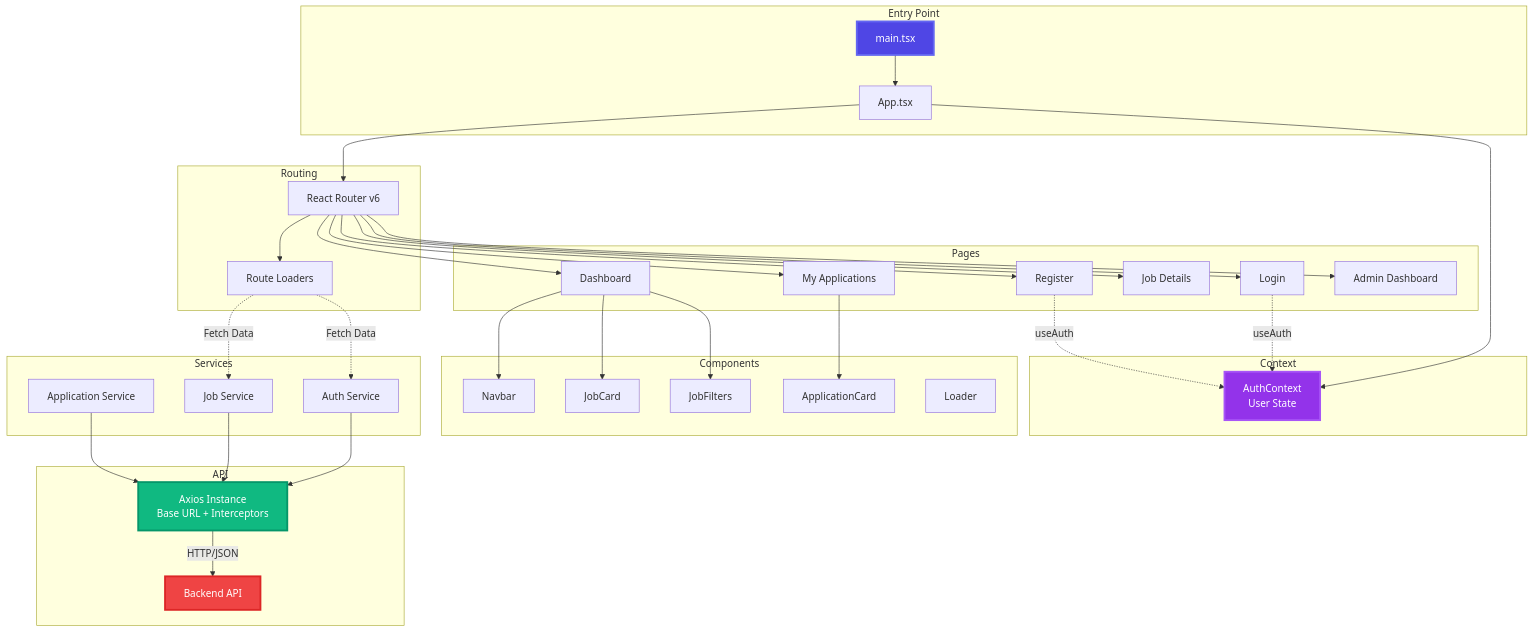
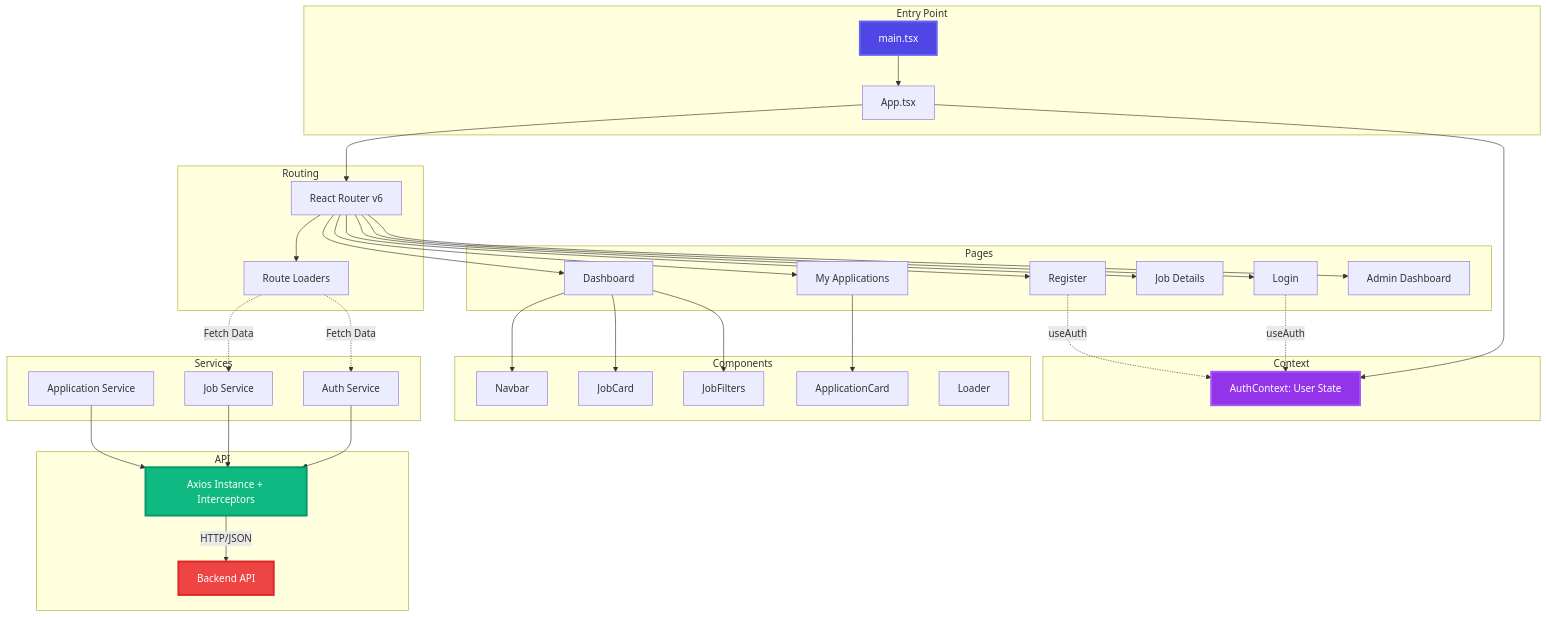
Before and after one commit to lEduFranco/test-prog: the fifth of 8 diagrams in README.md, drawn with Mermaid. The commit also changed other lines of this file, not shown here.

Commit message:
fix: graph mermaid

````diff
--- a/README.md
+++ b/README.md
@@ -271,72 +271,72 @@
 ```mermaid
 graph TB
     subgraph "Entry Point"
         A[main.tsx]
         B[App.tsx]
     end
     
     subgraph "Routing"
         C[React Router v6]
         D[Route Loaders]
     end
     
     subgraph "Context"
-        E[AuthContext<br/>User State]
+        E[AuthContext: User State]
     end
     
     subgraph "Pages"
         F1[Login]
         F2[Register]
         F3[Dashboard]
         F4[Job Details]
         F5[My Applications]
         F6[Admin Dashboard]
     end
     
     subgraph "Components"
         G1[Navbar]
         G2[JobCard]
         G3[JobFilters]
         G4[ApplicationCard]
         G5[Loader]
     end
     
     subgraph "Services"
         H1[Auth Service]
         H2[Job Service]
         H3[Application Service]
     end
     
     subgraph "API"
-        I[Axios Instance<br/>Base URL + Interceptors]
+        I[Axios Instance + Interceptors]
         J[Backend API]
     end
     
     A --> B
     B --> C
     B --> E
     C --> D
     D -.->|Fetch Data| H1
     D -.->|Fetch Data| H2
     C --> F1
     C --> F2
     C --> F3
     C --> F4
     C --> F5
     C --> F6
     F3 --> G1
     F3 --> G2
     F3 --> G3
     F5 --> G4
     F1 -.->|useAuth| E
     F2 -.->|useAuth| E
     H1 --> I
     H2 --> I
     H3 --> I
     I -->|HTTP/JSON| J
     
     style A fill:#4f46e5,stroke:#6366f1,stroke-width:3px,color:#fff
     style E fill:#9333ea,stroke:#a855f7,stroke-width:3px,color:#fff
     style I fill:#10b981,stroke:#059669,stroke-width:3px,color:#fff
     style J fill:#ef4444,stroke:#dc2626,stroke-width:3px,color:#fff
 ```
````
